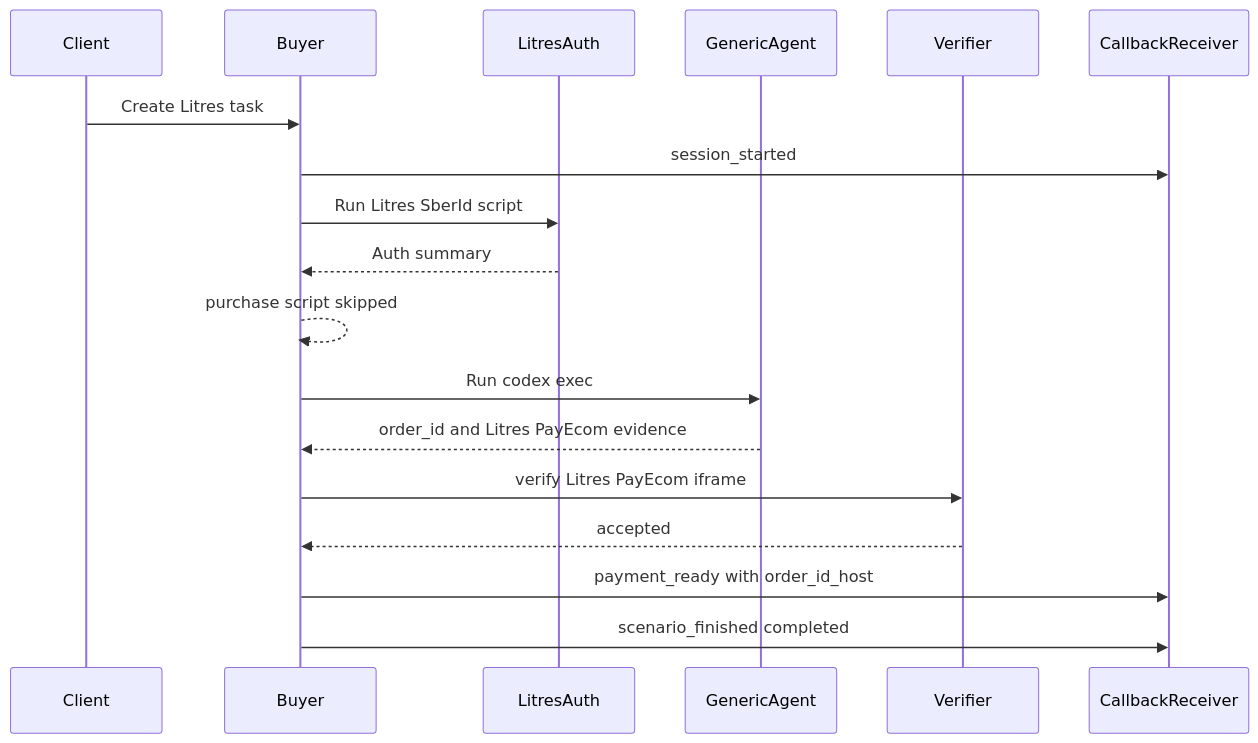
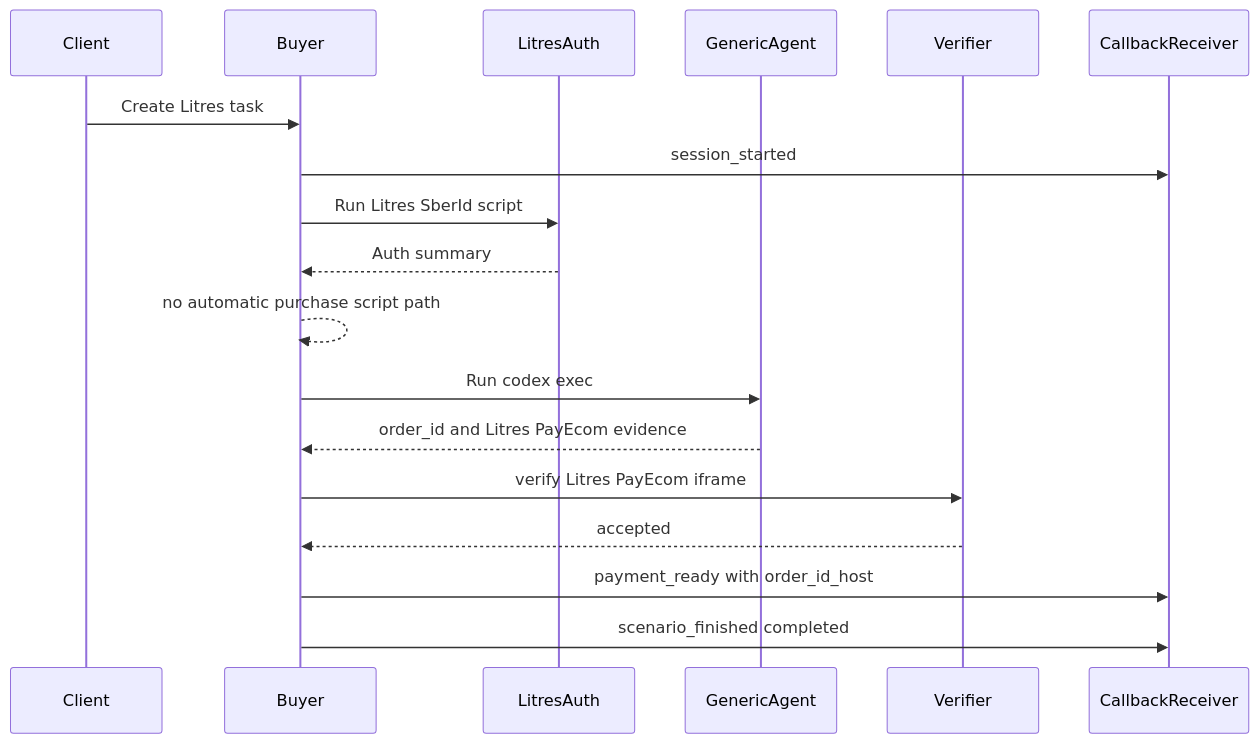
One commit to nvprotas/codex-browser changed the second of 3 diagrams in docs/litres-brandshop-agent-flow.md. Above: the diagram before and after it, drawn with Mermaid. The commit also changed other lines of this file and 53 other files, not shown here.

Commit message:
feat: externalize buyer agent prompt and verifier flow

````diff
--- a/docs/litres-brandshop-agent-flow.md
+++ b/docs/litres-brandshop-agent-flow.md
@@ -323,21 +368,21 @@
 ```mermaid
 sequenceDiagram
     participant C as Client
     participant B as Buyer
     participant A as LitresAuth
     participant G as GenericAgent
     participant V as Verifier
     participant M as CallbackReceiver
 
     C->>B: Create Litres task
     B->>M: session_started
     B->>A: Run Litres SberId script
     A-->>B: Auth summary
-    B-->>B: purchase script skipped
+    B-->>B: no automatic purchase script path
     B->>G: Run codex exec
     G-->>B: order_id and Litres PayEcom evidence
     B->>V: verify Litres PayEcom iframe
     V-->>B: accepted
     B->>M: payment_ready with order_id_host
     B->>M: scenario_finished completed
 ```
````
